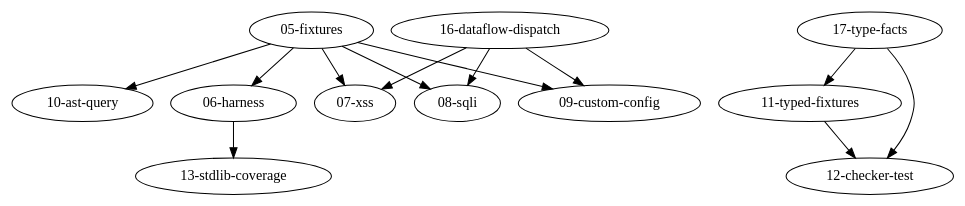
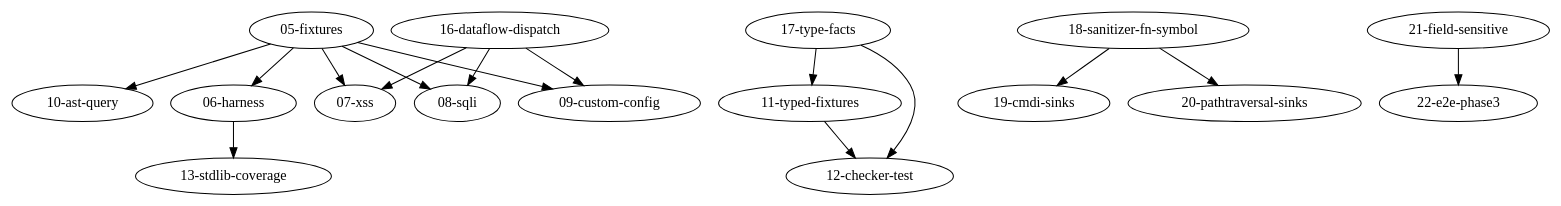
One commit to Gjdoalfnrxu/tsq changed the diagram in docs/impl-plans/DEPENDENCY-GRAPH.md. Above: the diagram before and after it, drawn with Graphviz. The commit also changed other lines of this file and 7 other files, not shown here.

First line of the commit message:
Add implementation plans 18-23: sanitizers, sinks, field-sensitive taint, E2E phases 3-4

````diff
--- a/docs/impl-plans/DEPENDENCY-GRAPH.md
+++ b/docs/impl-plans/DEPENDENCY-GRAPH.md
@@ -65,16 +78,19 @@
 ```dot
 digraph impl_plans {
   "05-fixtures" -> "06-harness";
   "05-fixtures" -> "07-xss";
   "05-fixtures" -> "08-sqli";
   "05-fixtures" -> "09-custom-config";
   "05-fixtures" -> "10-ast-query";
   "06-harness"  -> "13-stdlib-coverage";
   "11-typed-fixtures" -> "12-checker-test";
   "16-dataflow-dispatch" -> "07-xss";
   "16-dataflow-dispatch" -> "08-sqli";
   "16-dataflow-dispatch" -> "09-custom-config";
   "17-type-facts" -> "11-typed-fixtures";
   "17-type-facts" -> "12-checker-test";
+  "18-sanitizer-fn-symbol" -> "19-cmdi-sinks";
+  "18-sanitizer-fn-symbol" -> "20-pathtraversal-sinks";
+  "21-field-sensitive" -> "22-e2e-phase3";
 }
 ```
````
